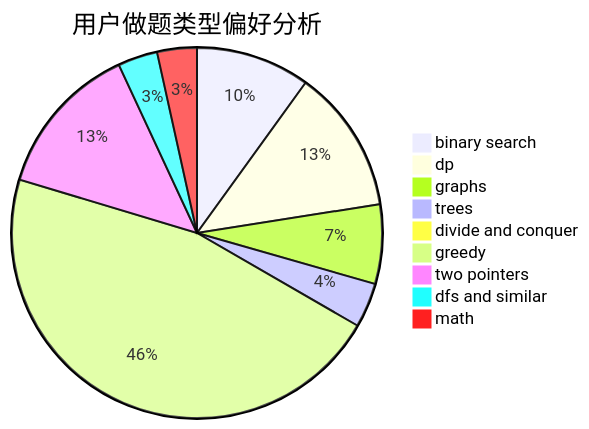
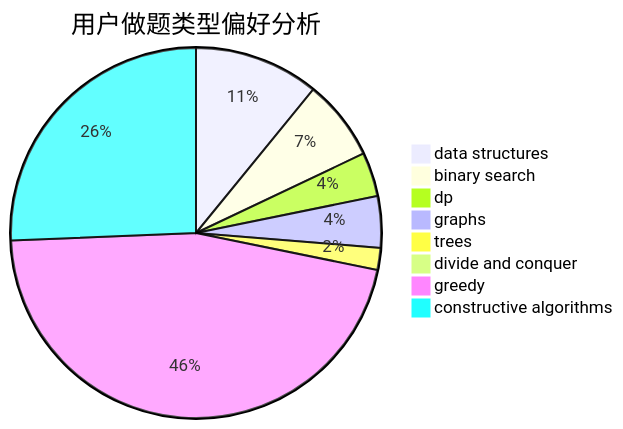
Before and after one commit to sherpahu/cfrs.github.io: the second of 3 diagrams in docs/user/u1926.md, drawn with Mermaid. The commit also changed other lines of this file and 2775 other files, not shown here.

````diff
--- a/docs/user/u1926.md
+++ b/docs/user/u1926.md
@@ -23,12 +23,11 @@
 ```mermaid
 pie title 用户做题类型偏好分析
-    "binary search" :  23
-    "dp" :  29
-    "graphs" :  16
-    "trees" :  9
+    "data structures" :  17
+    "binary search" :  11
+    "dp" :  6
+    "graphs" :  7
+    "trees" :  3
     "divide and conquer" :  0
-    "greedy" :  107
-    "two pointers" :  31
-    "dfs and similar" :  8
-    "math" :  8
+    "greedy" :  72
+    "constructive algorithms" :  40
 ```
````
